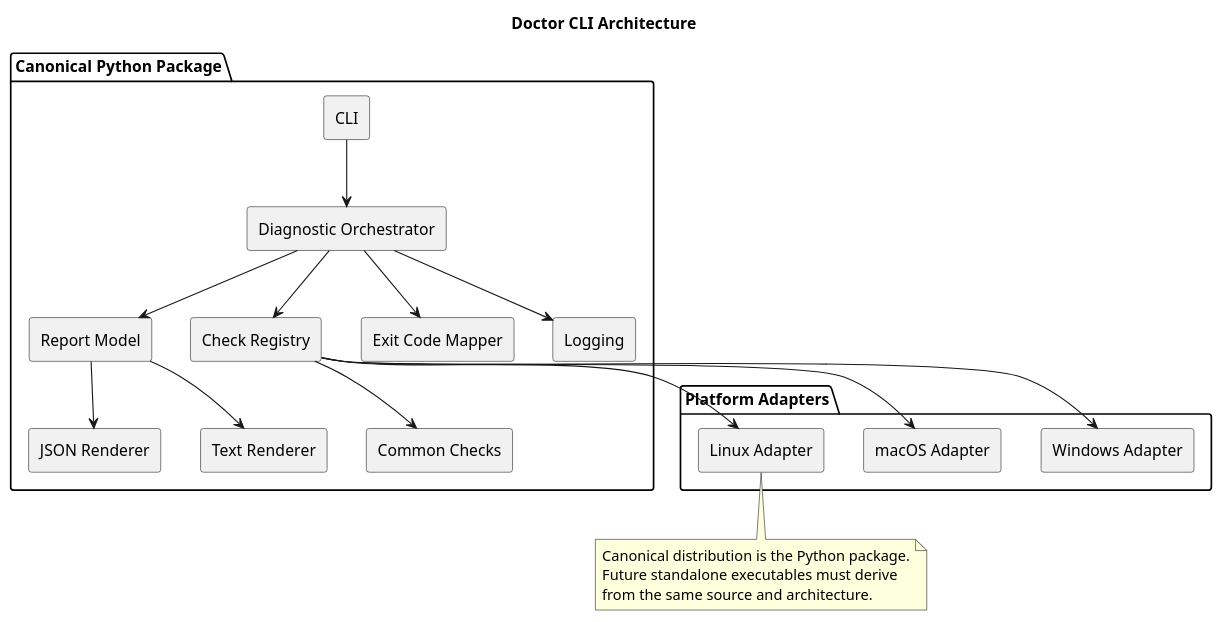
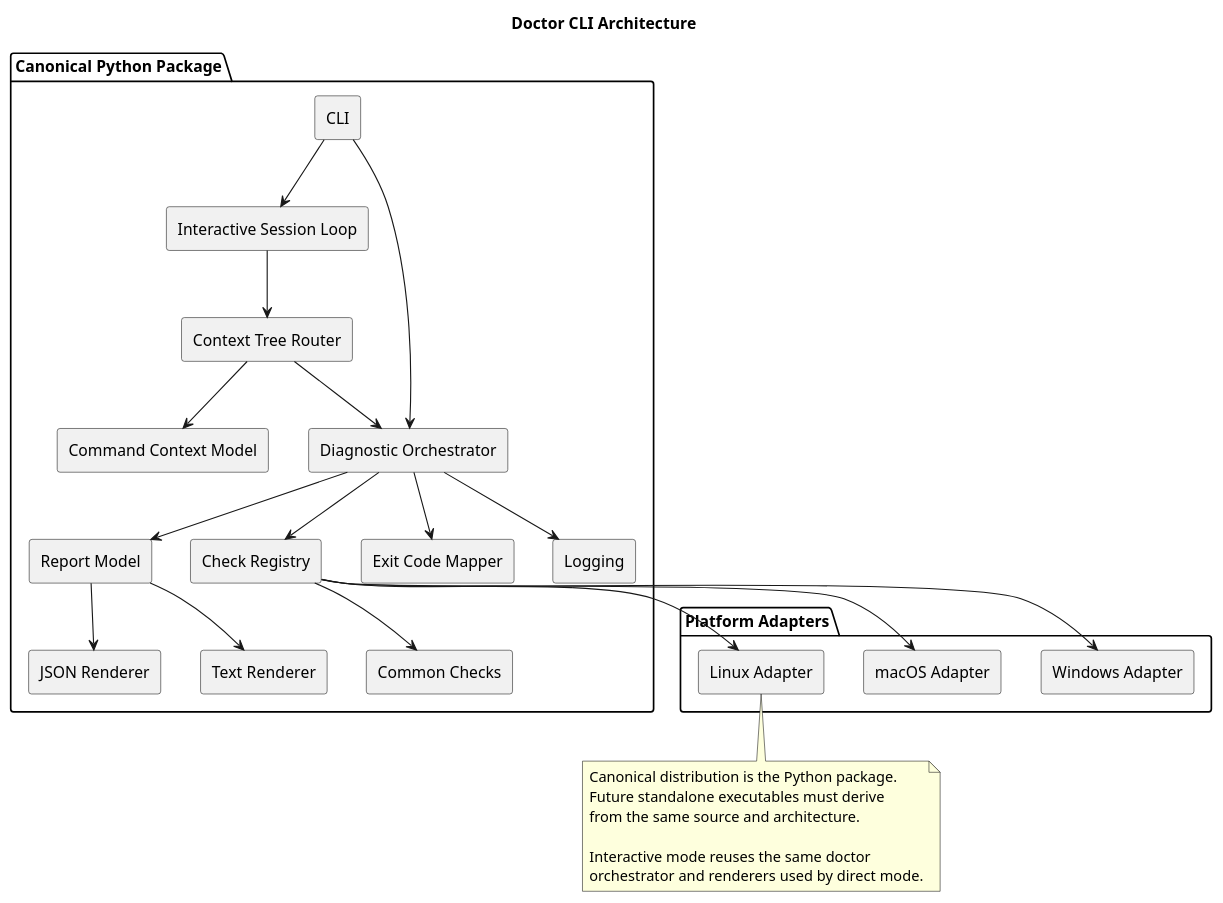
Before and after one commit to A11yDevs/emacs-a11y-installer: the diagram in docs/plantuml/doctor-architecture.puml, drawn with PlantUML. The commit also changed 57 other files, not shown here.

Commit message:
feat(cli): add interactive contextual mode and update docs/specs

```diff
--- a/docs/plantuml/doctor-architecture.puml
+++ b/docs/plantuml/doctor-architecture.puml
@@ -1,40 +1,50 @@
-@startuml
+@startuml doctor-architecture
 title Doctor CLI Architecture
 skinparam componentStyle rectangle
 
 package "Canonical Python Package" {
   [CLI]
+  [Interactive Session Loop]
+  [Context Tree Router]
+  [Command Context Model]
   [Diagnostic Orchestrator]
   [Check Registry]
   [Common Checks]
   [Report Model]
   [Text Renderer]
   [JSON Renderer]
   [Exit Code Mapper]
   [Logging]
 }
 
 package "Platform Adapters" {
   [Windows Adapter]
   [macOS Adapter]
   [Linux Adapter]
 }
 
 [CLI] --> [Diagnostic Orchestrator]
+[CLI] --> [Interactive Session Loop]
+[Interactive Session Loop] --> [Context Tree Router]
+[Context Tree Router] --> [Command Context Model]
+[Context Tree Router] --> [Diagnostic Orchestrator]
 [Diagnostic Orchestrator] --> [Check Registry]
 [Check Registry] --> [Common Checks]
 [Check Registry] --> [Windows Adapter]
 [Check Registry] --> [macOS Adapter]
 [Check Registry] --> [Linux Adapter]
 [Diagnostic Orchestrator] --> [Report Model]
 [Diagnostic Orchestrator] --> [Exit Code Mapper]
 [Diagnostic Orchestrator] --> [Logging]
 [Report Model] --> [Text Renderer]
 [Report Model] --> [JSON Renderer]
 
 note bottom
 Canonical distribution is the Python package.
 Future standalone executables must derive
 from the same source and architecture.
+
+Interactive mode reuses the same doctor
+orchestrator and renderers used by direct mode.
 end note
 @enduml
```
